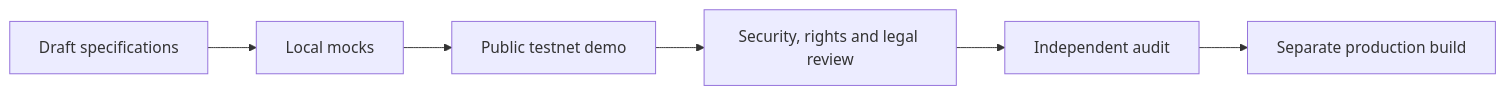
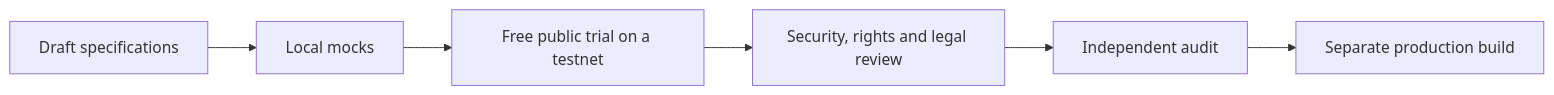
One commit to ShigeichiroYamasaki/creator-first-platform changed the diagram in docs/en/demo/index.md. Above: the diagram before and after it, drawn with Mermaid. The commit also changed other lines of this file and 26 other files, not shown here.

````diff
--- a/docs/en/demo/index.md
+++ b/docs/en/demo/index.md
@@ -61,10 +61,10 @@
 ```mermaid
 flowchart LR
     SPEC[Draft specifications]
     MOCK[Local mocks]
-    DEMO[Public testnet demo]
+    DEMO[Free public trial on a testnet]
     REVIEW[Security, rights and legal review]
     AUDIT[Independent audit]
     PROD[Separate production build]
     SPEC --> MOCK --> DEMO --> REVIEW --> AUDIT --> PROD
 ```
````
